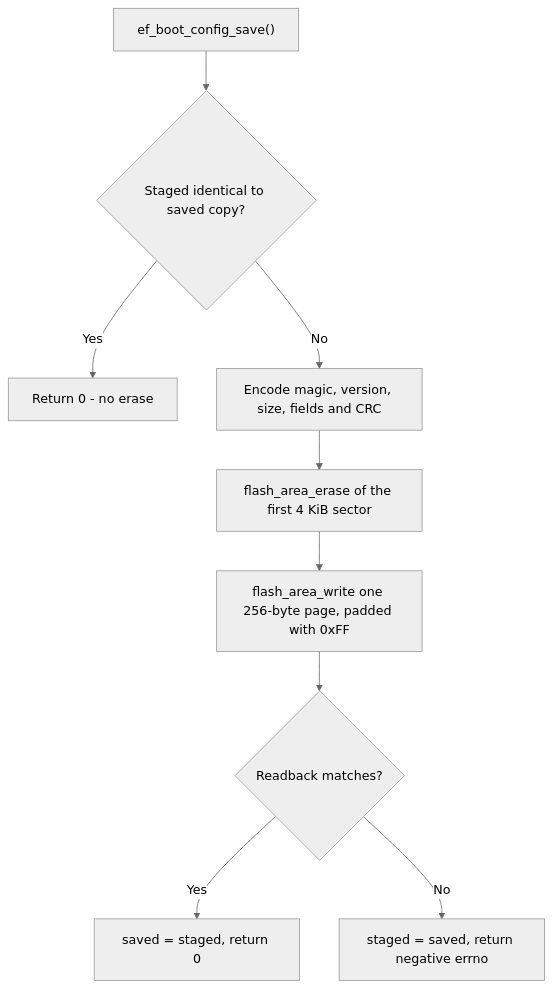
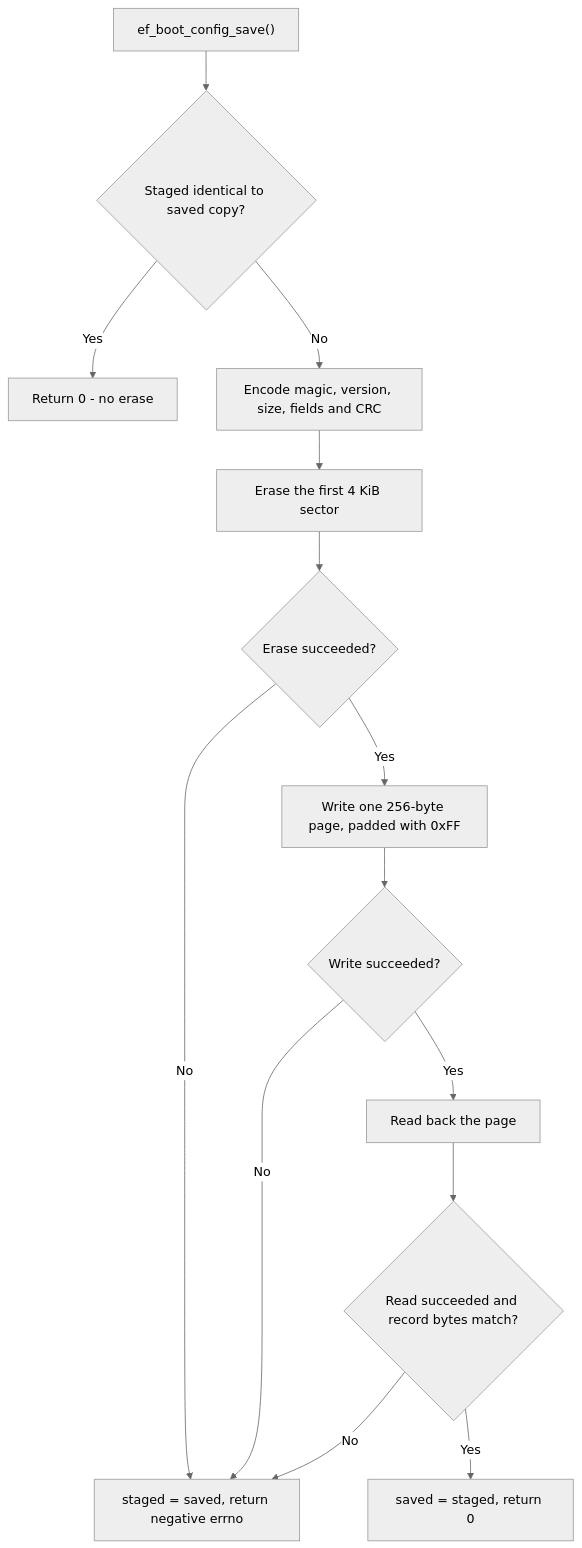
One commit to djwinter29-oss/ESPForge changed the fifth of 6 diagrams in docs/reference/settings.md. Above: the diagram before and after it, drawn with Mermaid (neutral theme). The commit also changed other lines of this file and 78 other files, not shown here.

````diff
--- a/docs/reference/settings.md
+++ b/docs/reference/settings.md
@@ -145,11 +155,16 @@
 ```mermaid
 flowchart TD
     Start["ef_boot_config_save()"] --> Same{"Staged identical to saved copy?"}
     Same -->|Yes| Ok["Return 0 - no erase"]
     Same -->|No| Build["Encode magic, version, size, fields and CRC"]
-    Build --> Erase["flash_area_erase of the first 4 KiB sector"]
-    Erase --> Program["flash_area_write one 256-byte page, padded with 0xFF"]
-    Program --> Verify{"Readback matches?"}
+    Build --> Erase["Erase the first 4 KiB sector"]
+    Erase --> Erased{"Erase succeeded?"}
+    Erased -->|No| Fail["staged = saved, return negative errno"]
+    Erased -->|Yes| Program["Write one 256-byte page, padded with 0xFF"]
+    Program --> Written{"Write succeeded?"}
+    Written -->|No| Fail
+    Written -->|Yes| Read["Read back the page"]
+    Read --> Verify{"Read succeeded and record bytes match?"}
     Verify -->|Yes| Ok2["saved = staged, return 0"]
-    Verify -->|No| Fail["staged = saved, return negative errno"]
+    Verify -->|No| Fail
 ```
````
